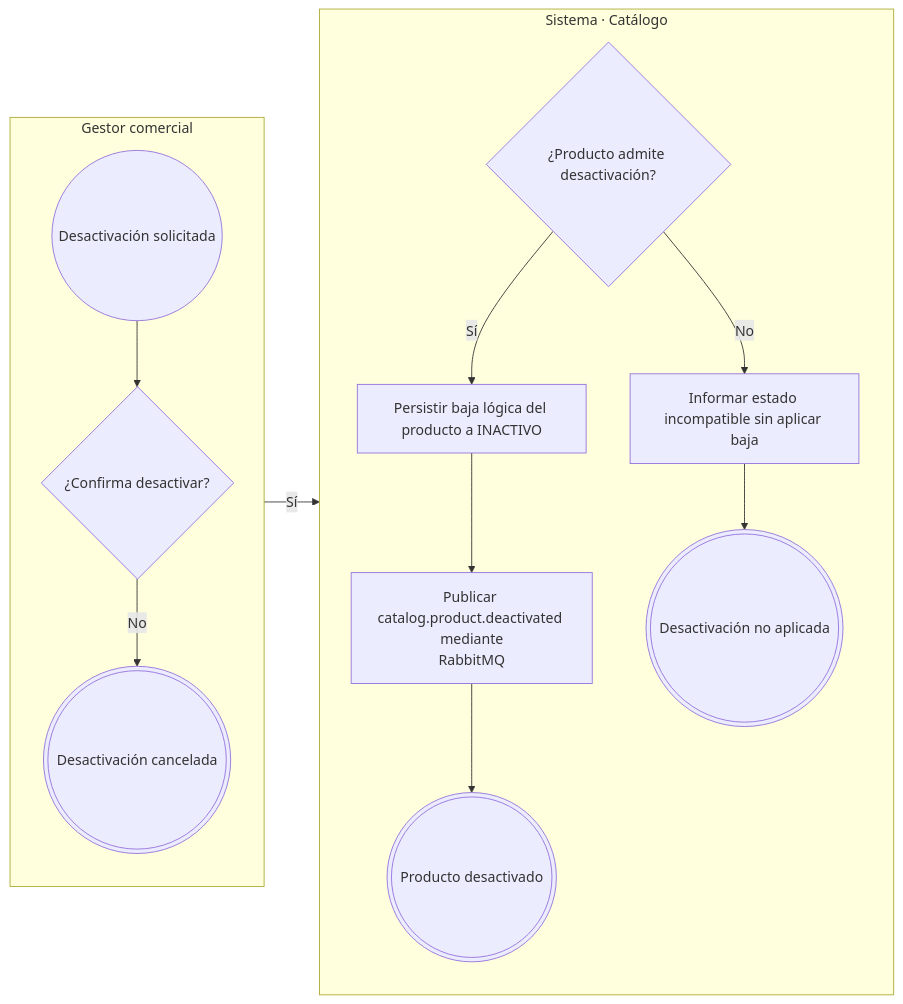
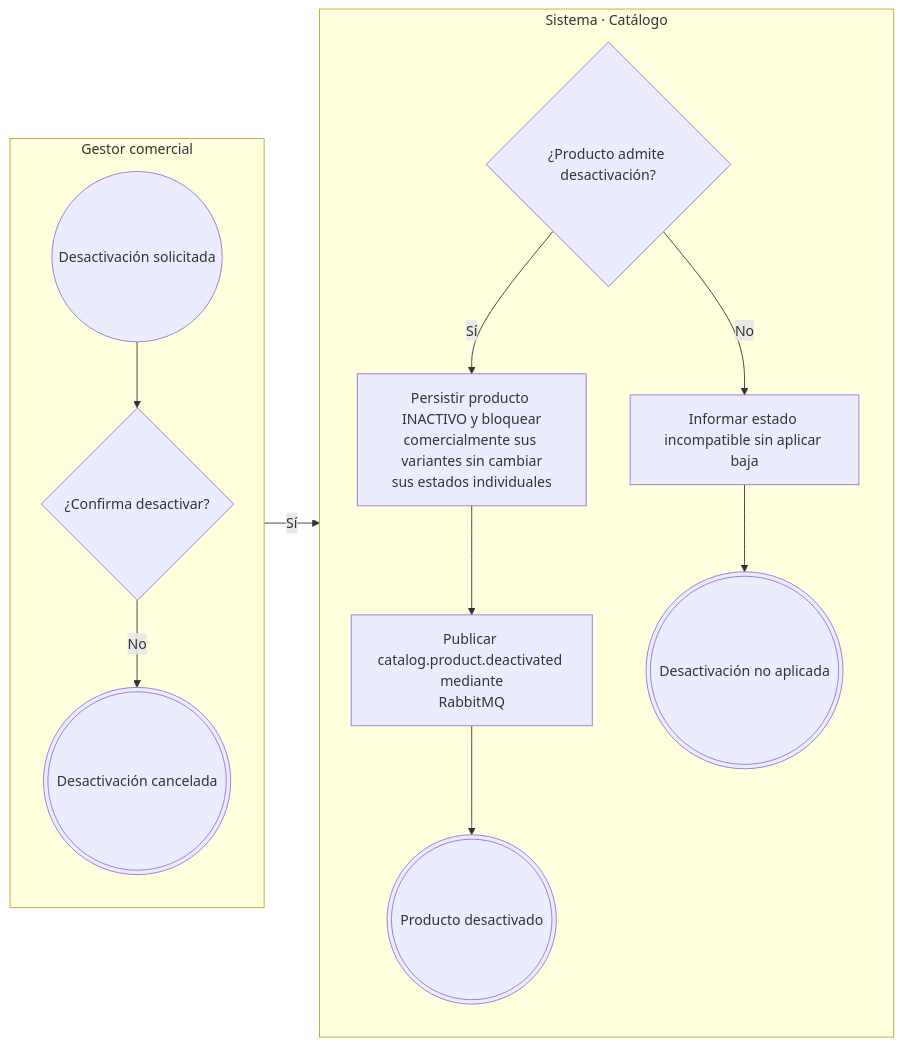
One commit to Taller-SW-Web/G6-Productos-Ofertas-docs changed the fifth of 5 diagrams in flujos/FLOW-003-gestion-productos-crud.md. Above: the diagram before and after it, drawn with Mermaid. The commit also changed other lines of this file and 7 other files, not shown here.

````diff
--- a/flujos/FLOW-003-gestion-productos-crud.md
+++ b/flujos/FLOW-003-gestion-productos-crud.md
@@ -201,23 +212,23 @@
 ```mermaid
 flowchart LR
     subgraph G["Gestor comercial"]
         direction TB
         INICIO(("Desactivación solicitada"))
         CONFIRMAR{"¿Confirma desactivar?"}
         FIN_CANCELAR((("Desactivación cancelada")))
     end
     subgraph S["Sistema · Catálogo"]
         direction TB
         VALIDAR{"¿Producto admite desactivación?"}
-        BAJA["Persistir baja lógica del producto a INACTIVO"]
+        BAJA["Persistir producto INACTIVO y bloquear<br/>comercialmente sus variantes sin cambiar<br/>sus estados individuales"]
         EVENTO["Publicar catalog.product.deactivated mediante<br/>RabbitMQ"]
         ERROR["Informar estado incompatible sin aplicar baja"]
         FIN_OK((("Producto desactivado")))
         FIN_ERROR((("Desactivación no aplicada")))
     end
     INICIO --> CONFIRMAR
     CONFIRMAR -->|"No"| FIN_CANCELAR
     CONFIRMAR -->|"Sí"| VALIDAR
     VALIDAR -->|"Sí"| BAJA --> EVENTO --> FIN_OK
     VALIDAR -->|"No"| ERROR --> FIN_ERROR
 ```
````
